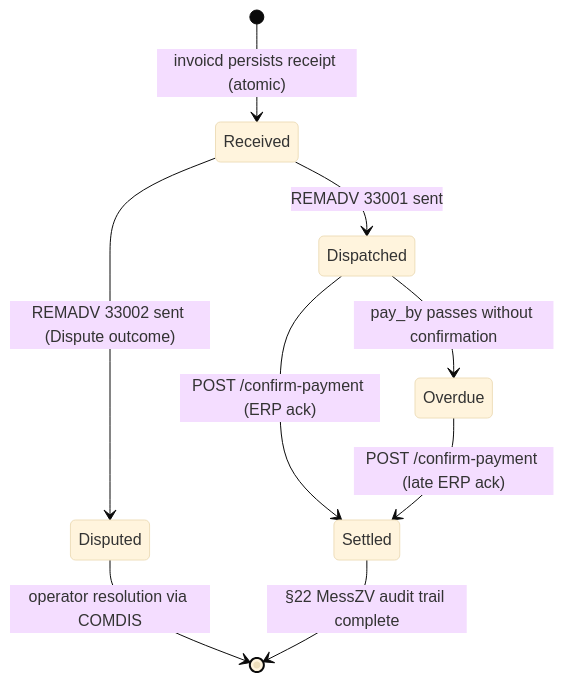
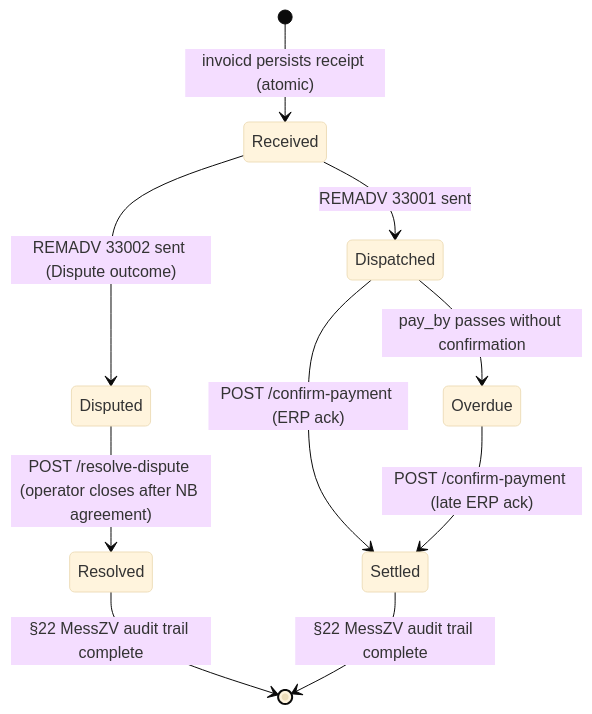
Before and after one commit to hupe1980/mako: the second of 2 diagrams in docs/invoicd.md, drawn with Mermaid (base theme). The commit also changed other lines of this file and 126 other files, not shown here.

````diff
--- a/docs/invoicd.md
+++ b/docs/invoicd.md
@@ -274,11 +285,12 @@
 ```mermaid
 stateDiagram-v2
     [*] --> Received : invoicd persists receipt (atomic)
     Received --> Dispatched : REMADV 33001 sent
     Received --> Disputed : REMADV 33002 sent (Dispute outcome)
     Dispatched --> Settled : POST /confirm-payment (ERP ack)
     Dispatched --> Overdue : pay_by passes without confirmation
     Overdue --> Settled : POST /confirm-payment (late ERP ack)
-    Disputed --> [*] : operator resolution via COMDIS
+    Disputed --> Resolved : POST /resolve-dispute (operator closes after NB agreement)
+    Resolved --> [*] : §22 MessZV audit trail complete
     Settled --> [*] : §22 MessZV audit trail complete
 ```
````
